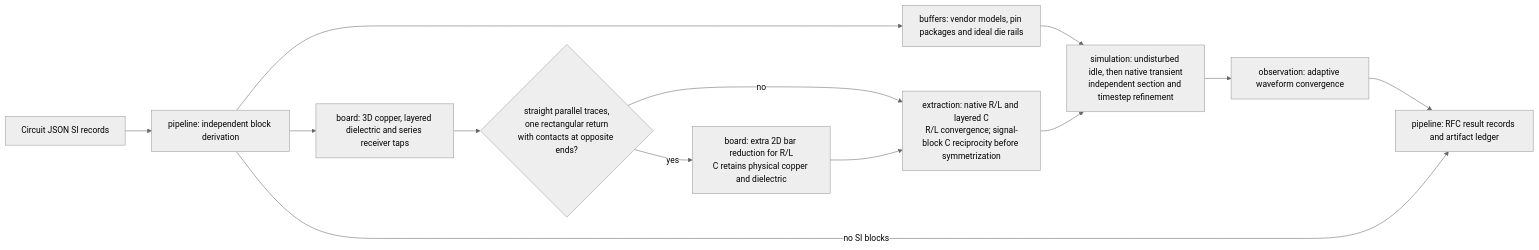
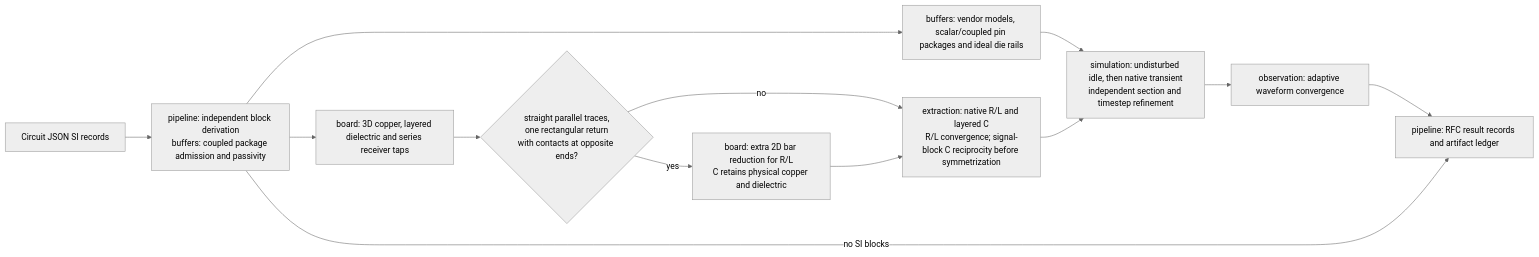
Before and after one commit to tscircuit/pcb-spice-pipeline: the first of 2 diagrams in docs/ARCHITECTURE.md, drawn with Mermaid (neutral theme). The commit also changed other lines of this file and 15 other files, not shown here.

Commit message:
feat: parse and realize passive coupled IBIS package matrices

````diff
--- a/docs/ARCHITECTURE.md
+++ b/docs/ARCHITECTURE.md
@@ -9,15 +9,15 @@
 ```mermaid
 flowchart LR
-  source["Circuit JSON SI records"] --> derive["pipeline: independent block derivation"]
+  source["Circuit JSON SI records"] --> derive["pipeline: independent block derivation<br/>buffers: coupled package admission and passivity"]
   derive --> board3d["board: 3D copper, layered dielectric and series receiver taps"]
   board3d --> check{"straight parallel traces,<br/>one rectangular return<br/>with contacts at opposite ends?"}
   check -->|"yes"| bars["board: extra 2D bar reduction for R/L<br/>C retains physical copper and dielectric"]
   check -->|"no"| extract
   bars --> extract["extraction: native R/L and layered C<br/>R/L convergence; signal-block C reciprocity before symmetrization"]
-  derive --> buffers["buffers: vendor models, pin packages and ideal die rails"]
+  derive --> buffers["buffers: vendor models, scalar/coupled pin packages and ideal die rails"]
   buffers --> simulate["simulation: undisturbed idle, then native transient<br/>independent section and timestep refinement"]
   extract --> simulate
   simulate --> observe["observation: adaptive waveform convergence"]
   observe --> results["pipeline: RFC result records and artifact ledger"]
   derive -->|"no SI blocks"| results
 ```
````
